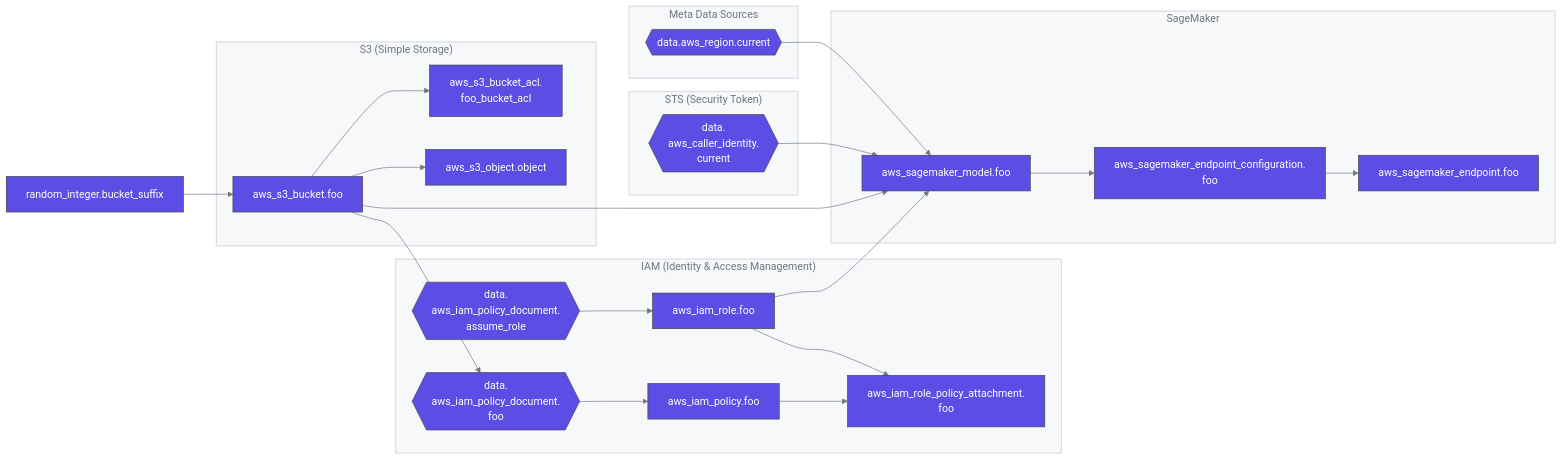
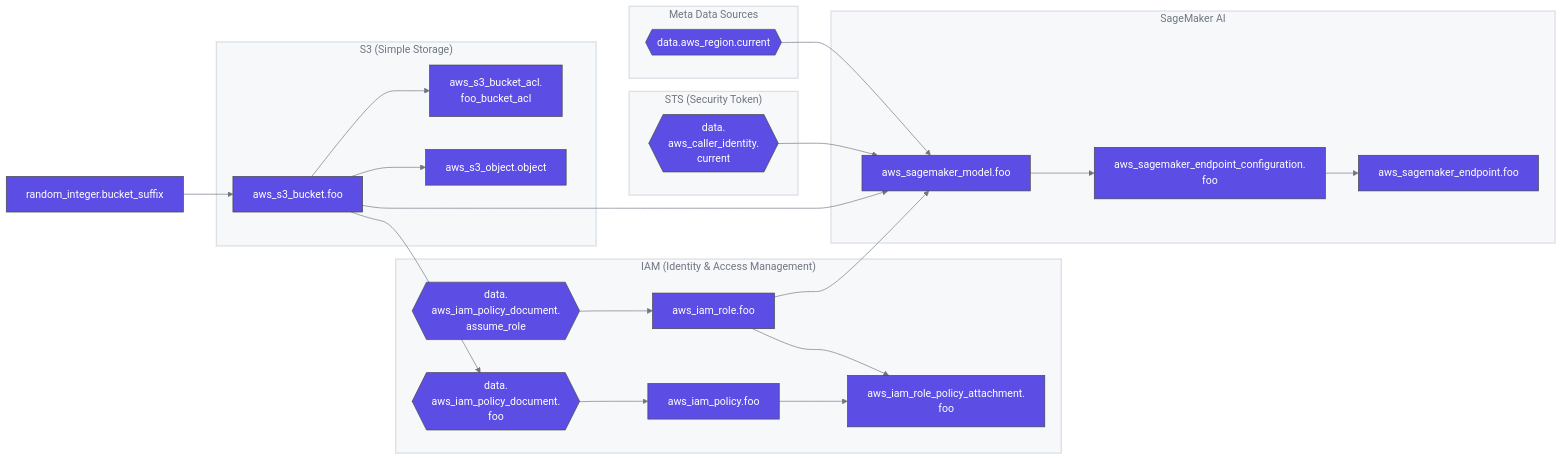
One commit to asannou/tfmermaid-action changed the ninth of 17 diagrams in README.md. Above: the diagram before and after it, drawn with Mermaid. The commit also changed other lines of this file, not shown here.

````diff
--- a/README.md
+++ b/README.md
@@ -794,54 +796,54 @@
 ```mermaid
 %%tfmermaid:terraform-provider-aws/examples/sagemaker
 %%{init:{"theme":"default","themeVariables":{"lineColor":"#6f7682","textColor":"#6f7682"}}}%%
 flowchart LR
 classDef r fill:#5c4ee5,stroke:#444,color:#fff
 classDef v fill:#eeedfc,stroke:#eeedfc,color:#5c4ee5
 classDef ms fill:none,stroke:#dce0e6,stroke-width:2px
 classDef vs fill:none,stroke:#dce0e6,stroke-width:4px,stroke-dasharray:10
 classDef ps fill:none,stroke:none
 classDef cs fill:#f7f8fa,stroke:#dce0e6,stroke-width:2px
 subgraph "n0"["IAM (Identity & Access Management)"]
 n1["aws_iam_policy.foo"]:::r
 n2["aws_iam_role.foo"]:::r
 n3["aws_iam_role_policy_attachment.<br/>foo"]:::r
 n4{{"data.<br/>aws_iam_policy_document.<br/>assume_role"}}:::r
 n5{{"data.<br/>aws_iam_policy_document.<br/>foo"}}:::r
 end
 class n0 cs
 subgraph "n6"["S3 (Simple Storage)"]
 n7["aws_s3_bucket.foo"]:::r
 n8["aws_s3_bucket_acl.<br/>foo_bucket_acl"]:::r
 n9["aws_s3_object.object"]:::r
 end
 class n6 cs
-subgraph "na"["SageMaker"]
+subgraph "na"["SageMaker AI"]
 nb["aws_sagemaker_endpoint.foo"]:::r
 nc["aws_sagemaker_endpoint_configuration.<br/>foo"]:::r
 nd["aws_sagemaker_model.foo"]:::r
 end
 class na cs
 subgraph "ne"["STS (Security Token)"]
 nf{{"data.<br/>aws_caller_identity.<br/>current"}}:::r
 end
 class ne cs
 subgraph "ng"["Meta Data Sources"]
 nh{{"data.aws_region.current"}}:::r
 end
 class ng cs
 ni["random_integer.bucket_suffix"]:::r
 n5-->n1
 n4-->n2
 n1-->n3
 n2-->n3
 ni-->n7
 n7-->n8
 n7-->n9
 nc-->nb
 nd-->nc
 n2-->nd
 n7-->nd
 nf-->nd
 nh-->nd
 n7-->n5
 ```
````
